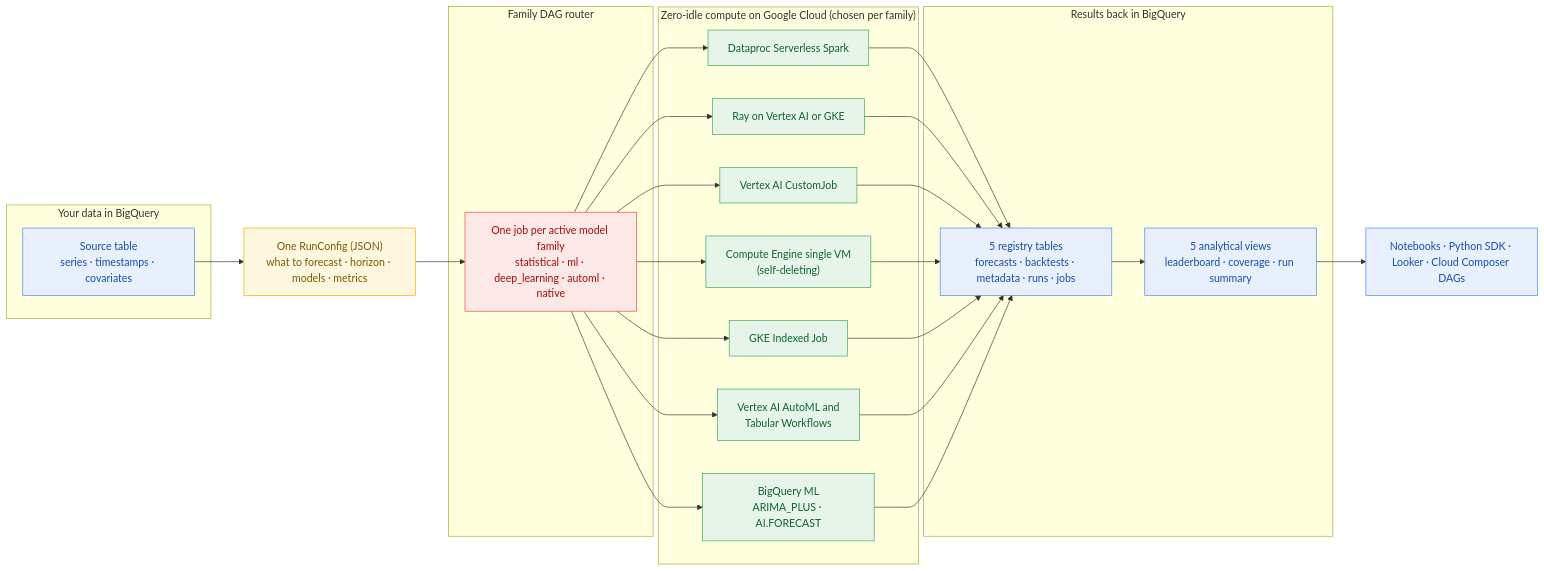
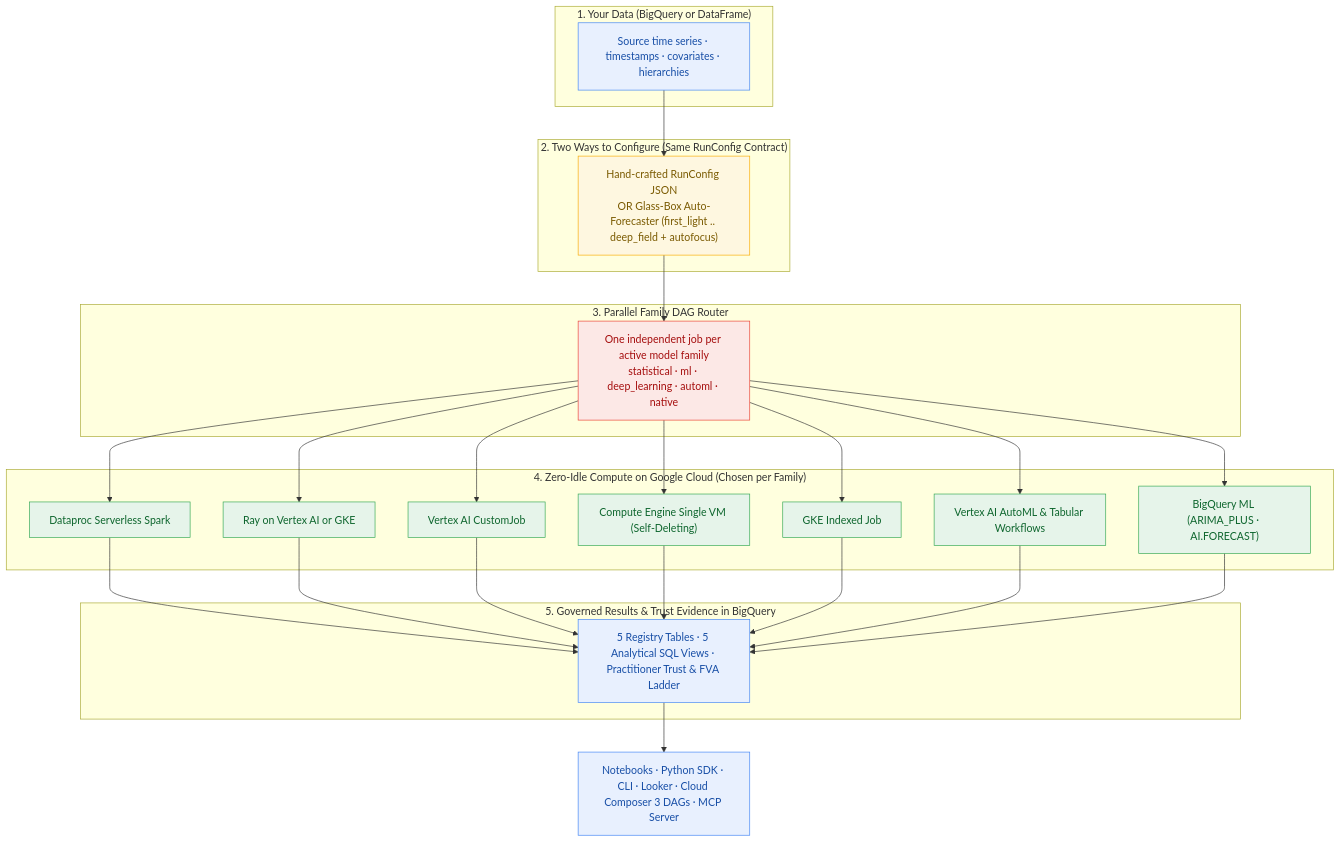
Before and after one commit to statmike/scale-forecasting: the first of 3 diagrams in docs/overview.md, drawn with Mermaid. The commit also changed other lines of this file and 45 other files, not shown here.

Commit message:
feat(auto,sdk,mcp,docs): add Glass-Box Auto-Forecaster, multi-branch autofocus, 18 DGPs & 7-Question Practitioner Assessment

````diff
--- a/docs/overview.md
+++ b/docs/overview.md
@@ -5,37 +5,38 @@
 ```mermaid
-flowchart LR
-    subgraph IN["Your data in BigQuery"]
-        SRC["Source table<br/>series · timestamps · covariates"]
+flowchart TD
+    subgraph IN["1. Your Data (BigQuery or DataFrame)"]
+        SRC["Source time series · timestamps · covariates · hierarchies"]
     end
-    CFG["One RunConfig (JSON)<br/>what to forecast · horizon · models · metrics"]
-    subgraph ROUTE["Family DAG router"]
-        R["One job per active model family<br/>statistical · ml · deep_learning · automl · native"]
+    subgraph AUTHOR["2. Two Ways to Configure (Same RunConfig Contract)"]
+        CFG["Hand-crafted RunConfig JSON<br/>OR Glass-Box Auto-Forecaster (first_light .. deep_field + autofocus)"]
     end
-    subgraph RUN["Zero-idle compute on Google Cloud (chosen per family)"]
+    subgraph ROUTE["3. Parallel Family DAG Router"]
+        R["One independent job per active model family<br/>statistical · ml · deep_learning · automl · native"]
+    end
+    subgraph RUN["4. Zero-Idle Compute on Google Cloud (Chosen per Family)"]
         S["Dataproc Serverless Spark"]
         RY["Ray on Vertex AI or GKE"]
         V["Vertex AI CustomJob"]
-        G["Compute Engine single VM<br/>(self-deleting)"]
+        G["Compute Engine Single VM (Self-Deleting)"]
         K["GKE Indexed Job"]
-        A["Vertex AI AutoML and<br/>Tabular Workflows"]
-        B["BigQuery ML<br/>ARIMA_PLUS · AI.FORECAST"]
+        A["Vertex AI AutoML & Tabular Workflows"]
+        B["BigQuery ML (ARIMA_PLUS · AI.FORECAST)"]
     end
-    subgraph OUT["Results back in BigQuery"]
-        REG["5 registry tables<br/>forecasts · backtests · metadata · runs · jobs"]
-        VIEWS["5 analytical views<br/>leaderboard · coverage · run summary"]
+    subgraph OUT["5. Governed Results & Trust Evidence in BigQuery"]
+        REG["5 Registry Tables · 5 Analytical SQL Views · Practitioner Trust & FVA Ladder"]
     end
-    USE["Notebooks · Python SDK · Looker · Cloud Composer DAGs"]
+    USE["Notebooks · Python SDK · CLI · Looker · Cloud Composer 3 DAGs · MCP Server"]
 
     SRC --> CFG --> R
     R --> S & RY & V & G & K & A & B
-    S & RY & V & G & K & A & B --> REG --> VIEWS --> USE
+    S & RY & V & G & K & A & B --> REG --> USE
 
     classDef data fill:#E8F0FE,stroke:#4285F4,color:#174EA6
     classDef config fill:#FEF7E0,stroke:#F9AB00,color:#7A5A00
     classDef route fill:#FCE8E6,stroke:#EA4335,color:#A50E0E
     classDef compute fill:#E6F4EA,stroke:#34A853,color:#0D652D
-    class SRC,REG,VIEWS,USE data
+    class SRC,REG,USE data
     class CFG config
     class R route
     class S,RY,V,G,K,A,B compute
 ```
````
